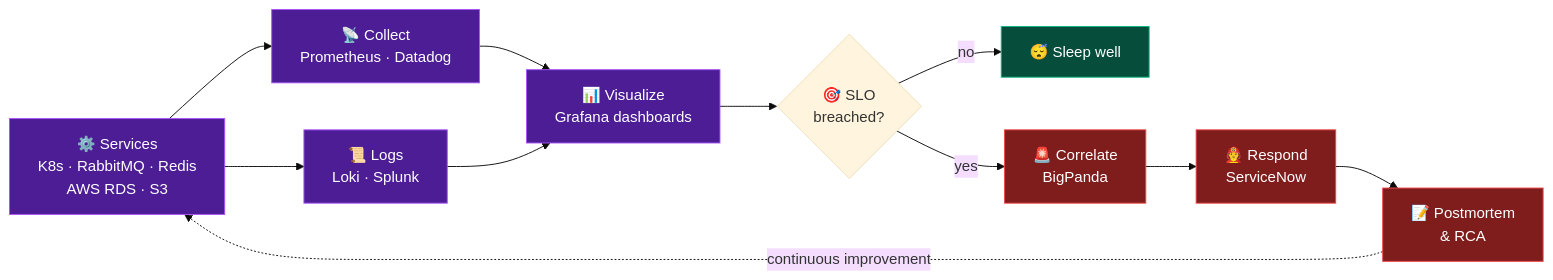
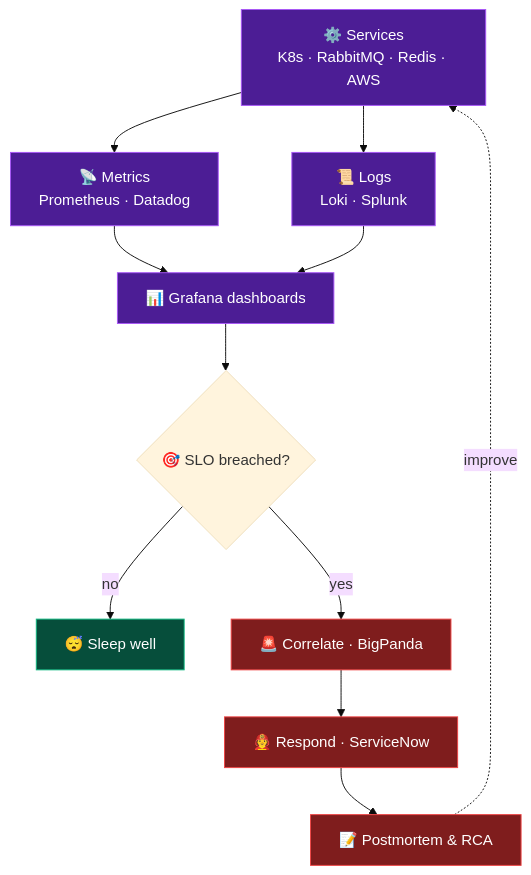
One commit to FabianIMV/FabianIMV changed the diagram in README.md. Above: the diagram before and after it, drawn with Mermaid (base theme). The commit also changed other lines of this file, not shown here.

````diff
--- a/README.md
+++ b/README.md
@@ -65,20 +71,20 @@
 ```mermaid
-flowchart LR
-    A["⚙️ Services<br/>K8s · RabbitMQ · Redis<br/>AWS RDS · S3"] --> B["📡 Collect<br/>Prometheus · Datadog"]
+flowchart TD
+    A["⚙️ Services<br/>K8s · RabbitMQ · Redis · AWS"] --> B["📡 Metrics<br/>Prometheus · Datadog"]
     A --> C["📜 Logs<br/>Loki · Splunk"]
-    B --> D["📊 Visualize<br/>Grafana dashboards"]
+    B --> D["📊 Grafana dashboards"]
     C --> D
-    D --> E{"🎯 SLO<br/>breached?"}
+    D --> E{"🎯 SLO breached?"}
     E -- no --> F["😴 Sleep well"]
-    E -- yes --> G["🚨 Correlate<br/>BigPanda"]
-    G --> H["🧑‍🚒 Respond<br/>ServiceNow"]
-    H --> I["📝 Postmortem<br/>& RCA"]
-    I -. "continuous improvement" .-> A
+    E -- yes --> G["🚨 Correlate · BigPanda"]
+    G --> H["🧑‍🚒 Respond · ServiceNow"]
+    H --> I["📝 Postmortem & RCA"]
+    I -. "improve" .-> A
 
     classDef ok fill:#064E3B,stroke:#10B981,color:#fff
     classDef alert fill:#7F1D1D,stroke:#EF4444,color:#fff
     classDef core fill:#4C1D95,stroke:#A855F7,color:#fff
     class A,B,C,D core
     class F ok
     class G,H,I alert
 ```
````
